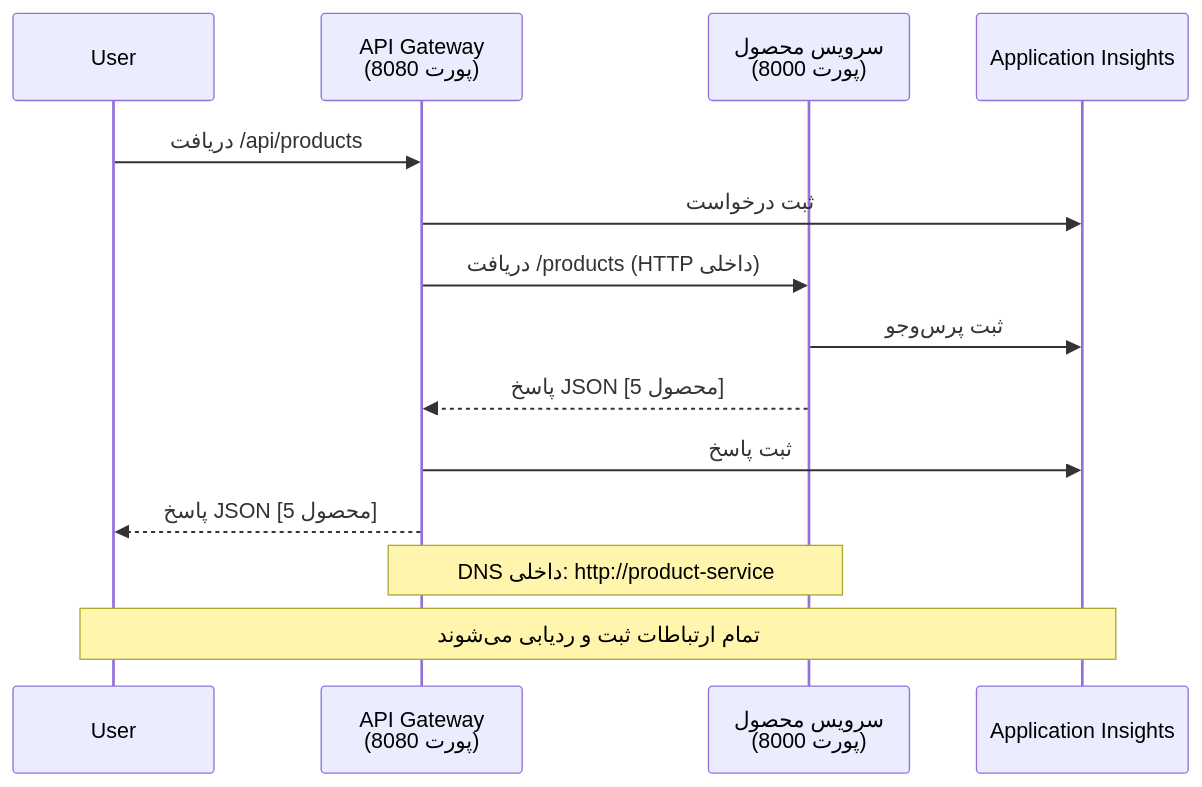
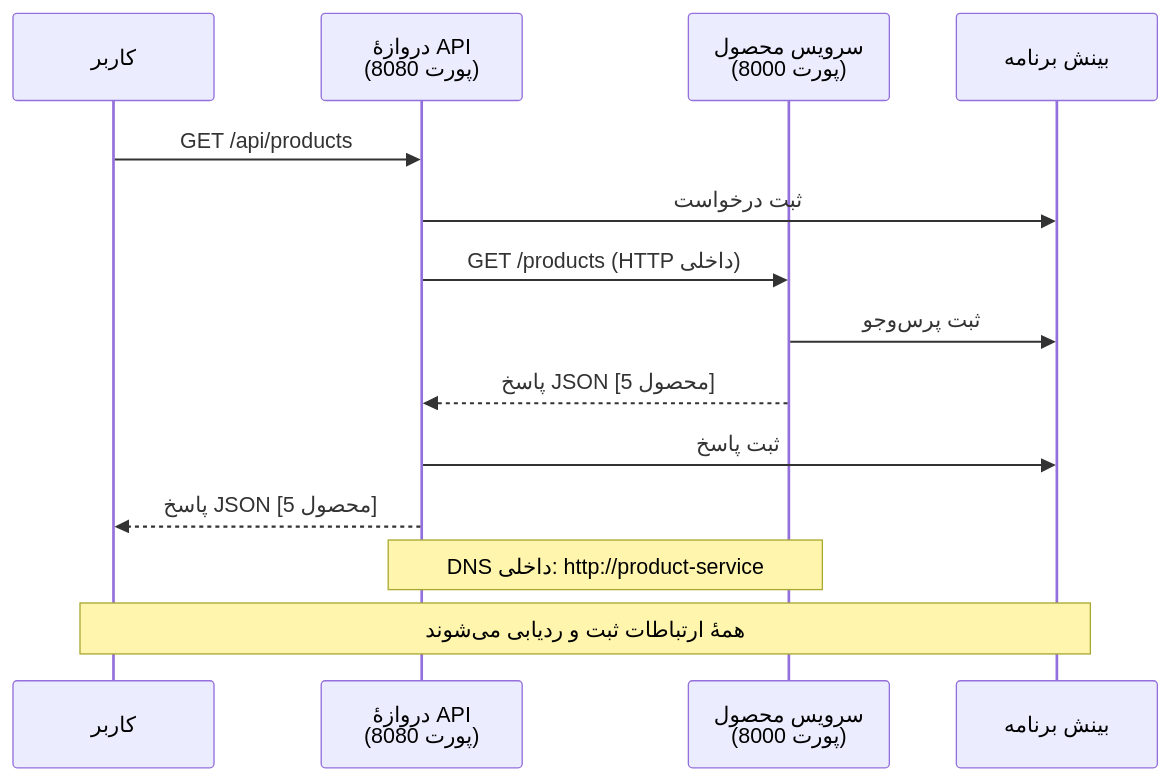
One commit to microsoft/AZD-for-beginners changed the fourth of 4 diagrams in translations/fa/examples/microservices/README.md. Above: the diagram before and after it, drawn with Mermaid. The commit also changed other lines of this file and 298 other files, not shown here.

````diff
--- a/translations/fa/examples/microservices/README.md
+++ b/translations/fa/examples/microservices/README.md
@@ -432,18 +423,18 @@
 ```mermaid
 sequenceDiagram
-    participant User
-    participant Gateway as API Gateway<br/>(پورت 8080)
+    participant User as کاربر
+    participant Gateway as دروازهٔ API<br/>(پورت 8080)
     participant Product as سرویس محصول<br/>(پورت 8000)
-    participant AI as Application Insights
+    participant AI as بینش برنامه
     
-    User->>Gateway: دریافت /api/products
+    User->>Gateway: GET /api/products
     Gateway->>AI: ثبت درخواست
-    Gateway->>Product: دریافت /products (HTTP داخلی)
+    Gateway->>Product: GET /products (HTTP داخلی)
     Product->>AI: ثبت پرس‌وجو
     Product-->>Gateway: پاسخ JSON [5 محصول]
     Gateway->>AI: ثبت پاسخ
     Gateway-->>User: پاسخ JSON [5 محصول]
     
     Note over Gateway,Product: DNS داخلی: http://product-service
-    Note over User,AI: تمام ارتباطات ثبت و ردیابی می‌شوند
+    Note over User,AI: همهٔ ارتباطات ثبت و ردیابی می‌شوند
 ```
````
